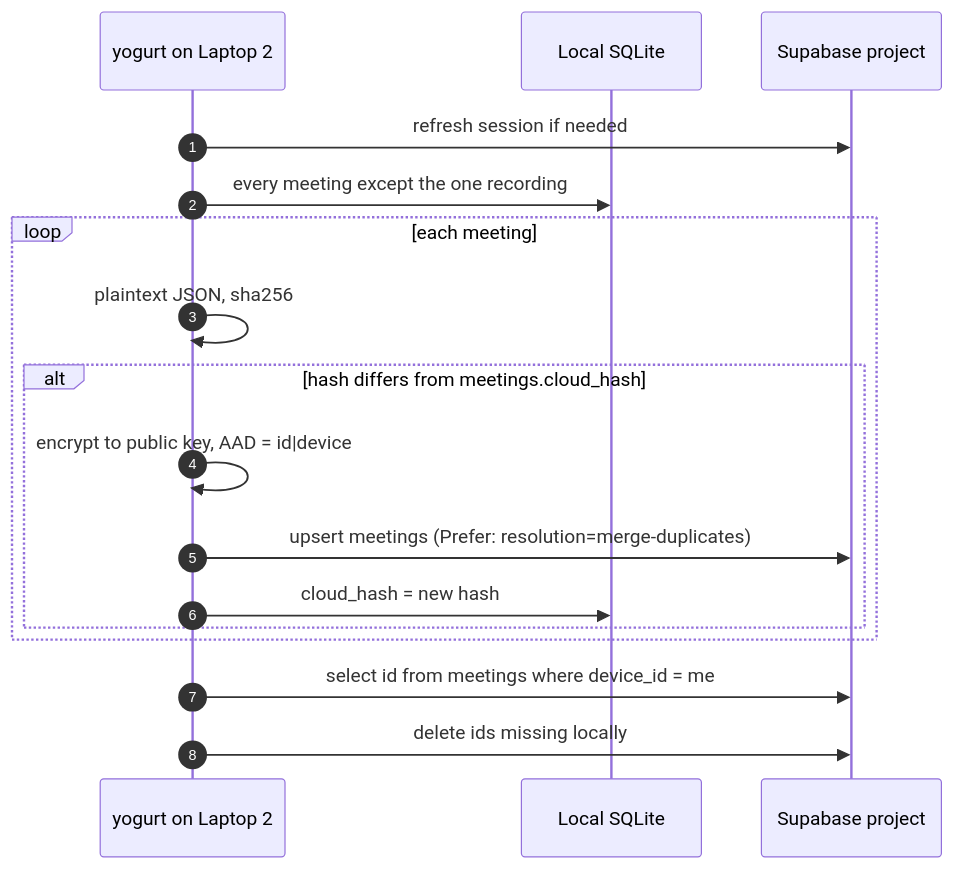
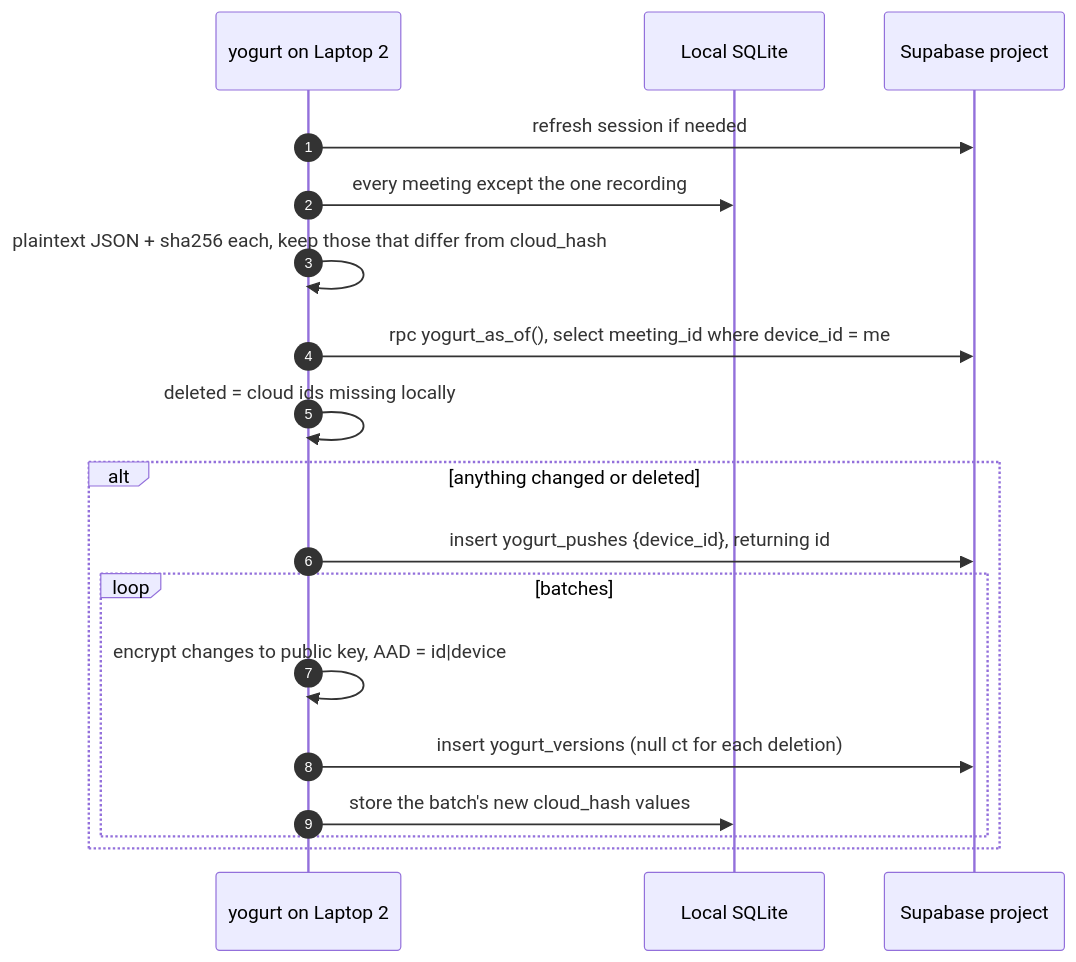
One commit to jarvisrchen/yogurt changed the fifth of 5 diagrams in docs/.planning/sync-cloud-mirror-design.md. Above: the diagram before and after it, drawn with Mermaid. The commit also changed other lines of this file and 2 other files, not shown here.

Commit message:
docs: SYNC-1 design with versioned pushes, project reuse, and settled open questions

````diff
--- a/docs/.planning/sync-cloud-mirror-design.md
+++ b/docs/.planning/sync-cloud-mirror-design.md
@@ -236,20 +290,21 @@
 ```mermaid
 sequenceDiagram
   autonumber
   participant Y as yogurt on Laptop 2
   participant DB as Local SQLite
   participant P as Supabase project
 
   Y->>P: refresh session if needed
   Y->>DB: every meeting except the one recording
-  loop each meeting
-    Y->>Y: plaintext JSON, sha256
-    alt hash differs from meetings.cloud_hash
-      Y->>Y: encrypt to public key, AAD = id|device
-      Y->>P: upsert meetings (Prefer: resolution=merge-duplicates)
-      Y->>DB: cloud_hash = new hash
+  Y->>Y: plaintext JSON + sha256 each, keep those that differ from cloud_hash
+  Y->>P: rpc yogurt_as_of(), select meeting_id where device_id = me
+  Y->>Y: deleted = cloud ids missing locally
+  alt anything changed or deleted
+    Y->>P: insert yogurt_pushes {device_id}, returning id
+    loop batches
+      Y->>Y: encrypt changes to public key, AAD = id|device
+      Y->>P: insert yogurt_versions (null ct for each deletion)
+      Y->>DB: store the batch's new cloud_hash values
     end
   end
-  Y->>P: select id from meetings where device_id = me
-  Y->>P: delete ids missing locally
 ```
````
